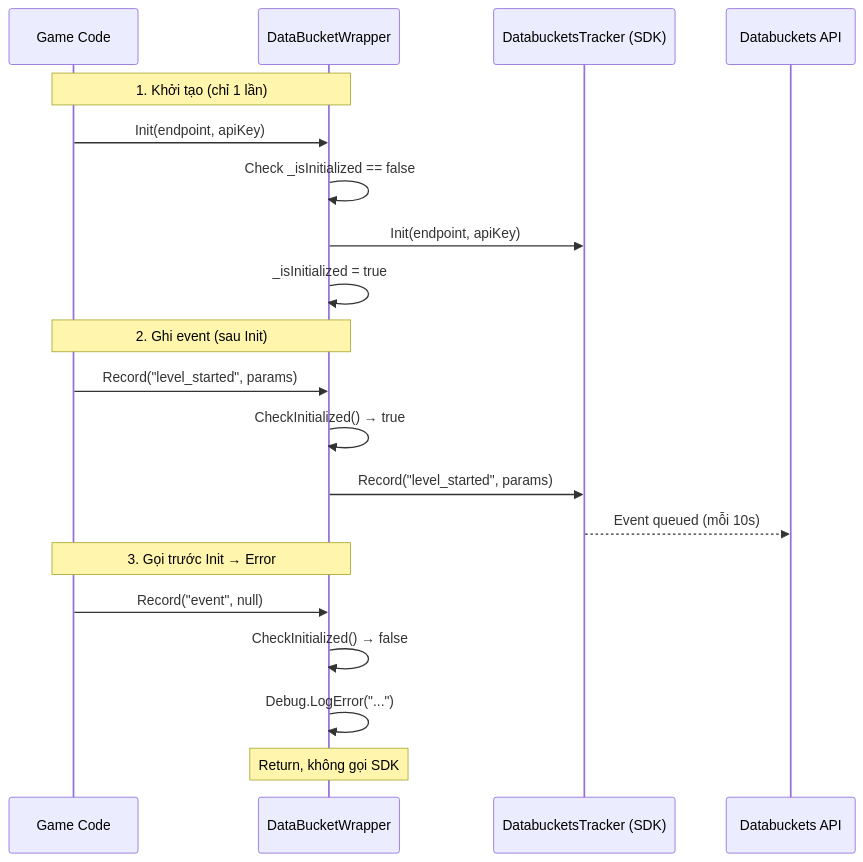
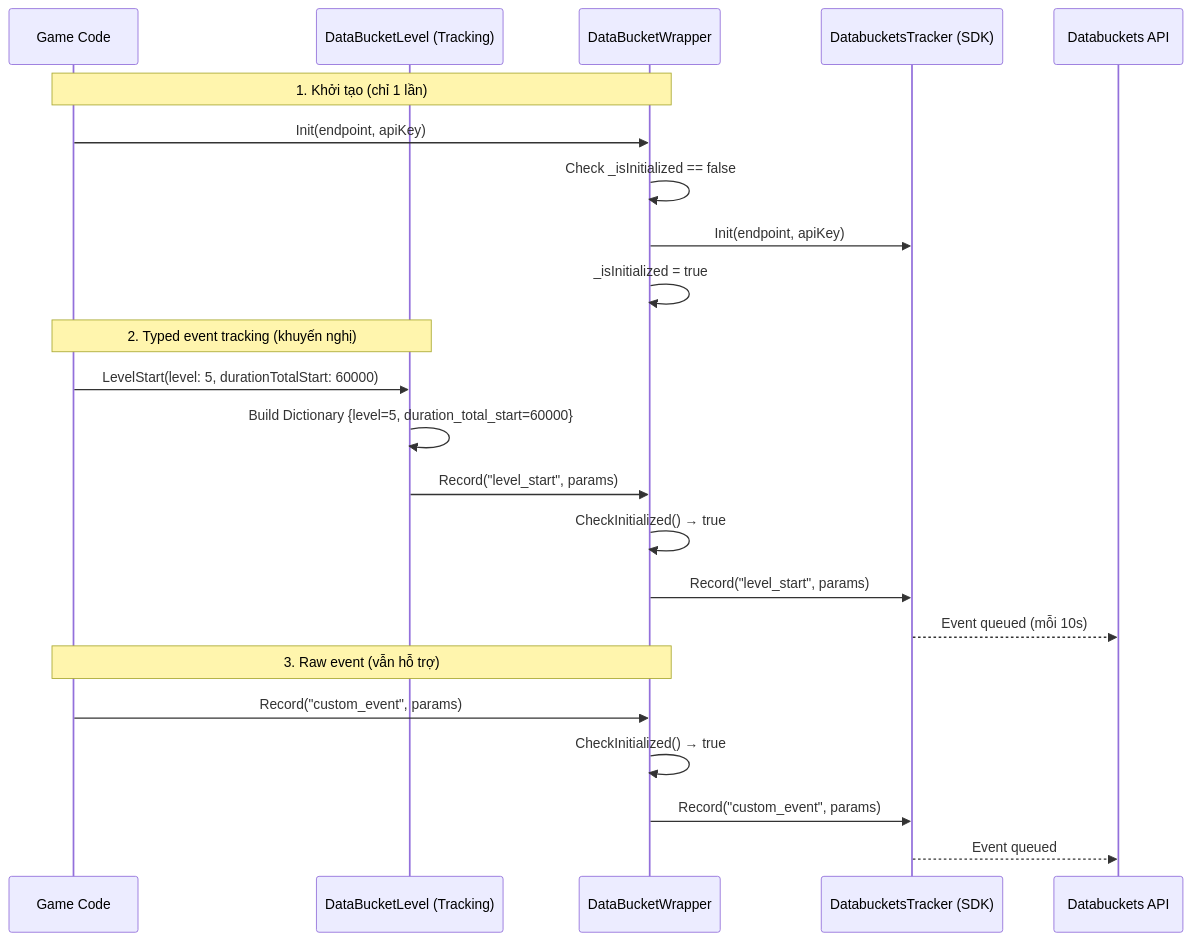
One commit to tuyennv38/DataBucketSdk changed the third of 3 diagrams in docs/architecture/system-design-002.md. Above: the diagram before and after it, drawn with Mermaid. The commit also changed other lines of this file and 14 other files, not shown here.

First line of the commit message:
feat(tracking): tao 9 DataBucket Tracking Classes v1.0.1

````diff
--- a/docs/architecture/system-design-002.md
+++ b/docs/architecture/system-design-002.md
@@ -95,25 +209,28 @@
 ```mermaid
 sequenceDiagram
     participant G as Game Code
+    participant T as DataBucketLevel (Tracking)
     participant W as DataBucketWrapper
     participant S as DatabucketsTracker (SDK)
     participant API as Databuckets API
 
     Note over G,W: 1. Khởi tạo (chỉ 1 lần)
     G->>W: Init(endpoint, apiKey)
     W->>W: Check _isInitialized == false
     W->>S: Init(endpoint, apiKey)
     W->>W: _isInitialized = true
 
-    Note over G,W: 2. Ghi event (sau Init)
-    G->>W: Record("level_started", params)
+    Note over G,T: 2. Typed event tracking (khuyến nghị)
+    G->>T: LevelStart(level: 5, durationTotalStart: 60000)
+    T->>T: Build Dictionary {level=5, duration_total_start=60000}
+    T->>W: Record("level_start", params)
     W->>W: CheckInitialized() → true
-    W->>S: Record("level_started", params)
+    W->>S: Record("level_start", params)
     S-->>API: Event queued (mỗi 10s)
 
-    Note over G,W: 3. Gọi trước Init → Error
-    G->>W: Record("event", null)
-    W->>W: CheckInitialized() → false
-    W->>W: Debug.LogError("...")
-    Note over W: Return, không gọi SDK
+    Note over G,W: 3. Raw event (vẫn hỗ trợ)
+    G->>W: Record("custom_event", params)
+    W->>W: CheckInitialized() → true
+    W->>S: Record("custom_event", params)
+    S-->>API: Event queued
 ```
````
